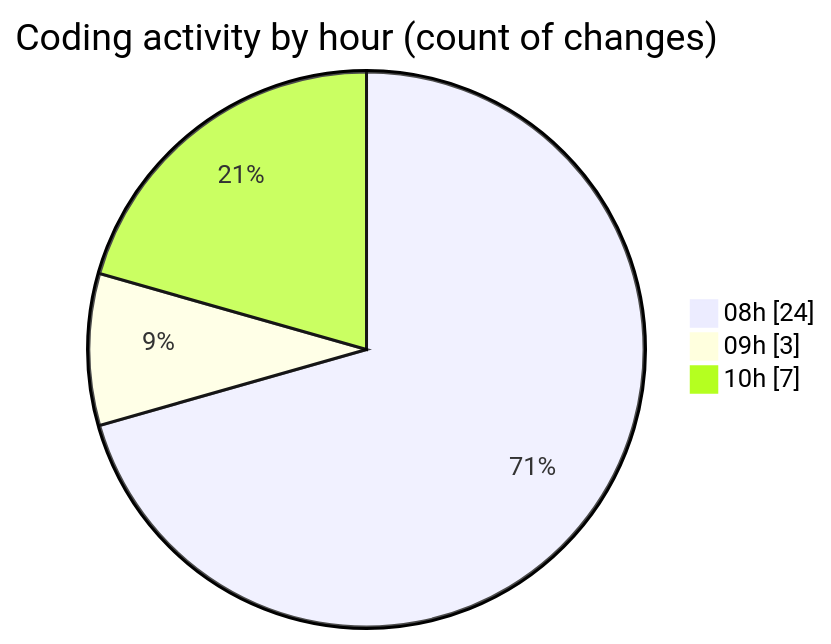
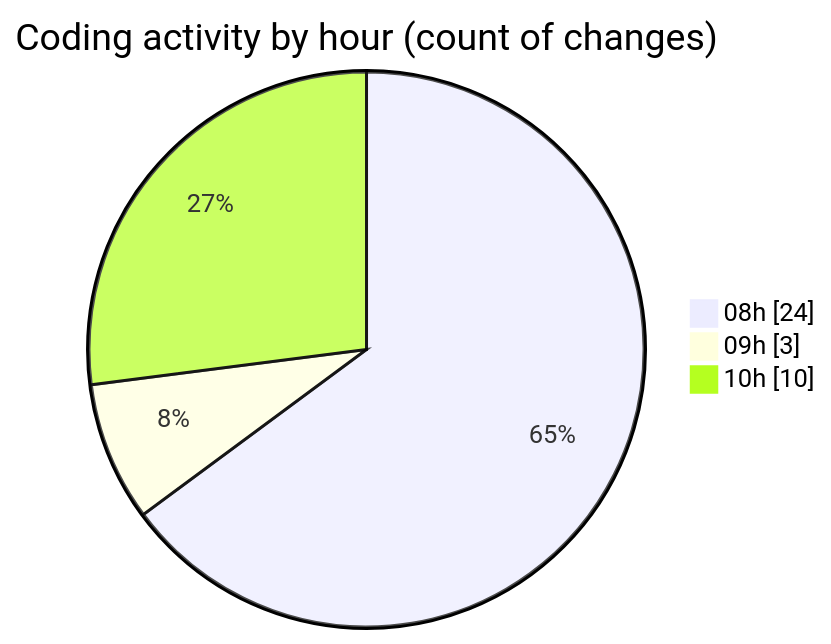
The second of 2 diagrams in 2025-11-07/eventscop-frontend-guide__workspace_/README.md (julien-gomy/code-tracking), drawn with Mermaid before and after one commit. The commit also changed other lines of this file and 1 other file, not shown here.

````diff
--- a/2025-11-07/eventscop-frontend-guide__workspace_/README.md
+++ b/2025-11-07/eventscop-frontend-guide__workspace_/README.md
@@ -43,7 +43,7 @@
 ```mermaid
 pie showData
 title Coding activity by hour (count of changes)
 "08h" : 24
 "09h" : 3
-"10h" : 7
+"10h" : 10
 ```
````
